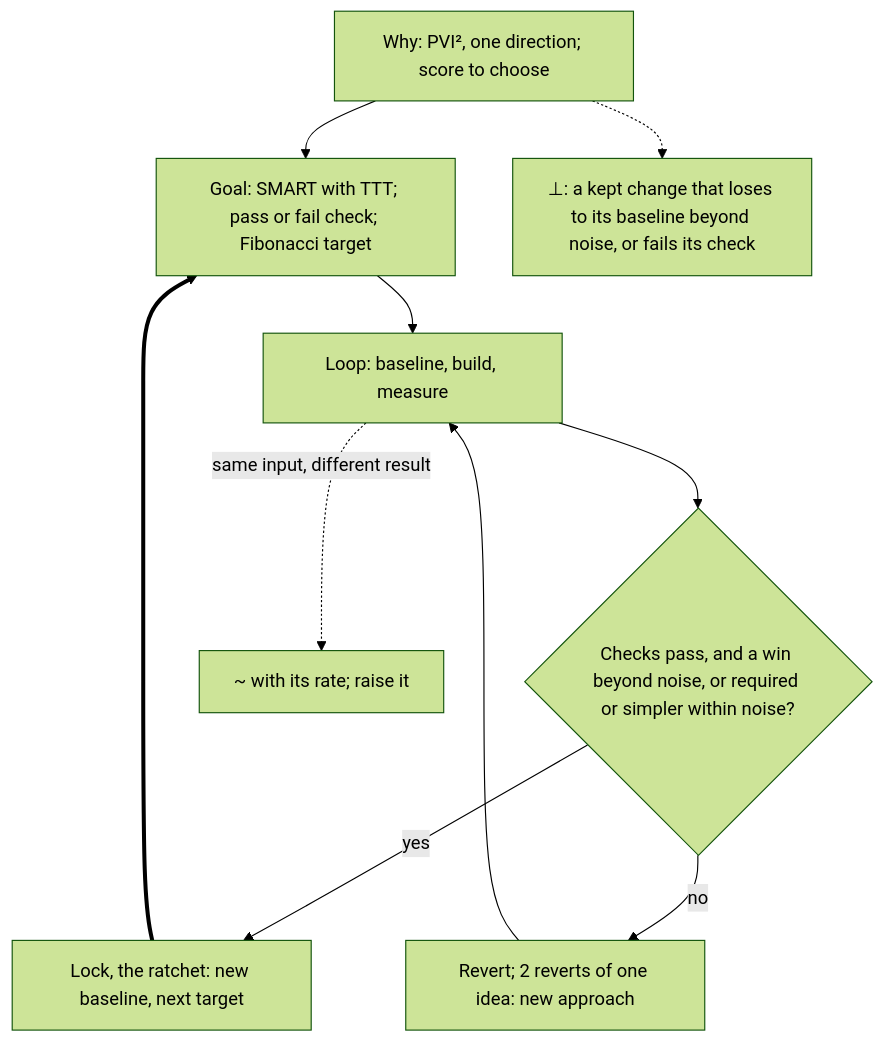
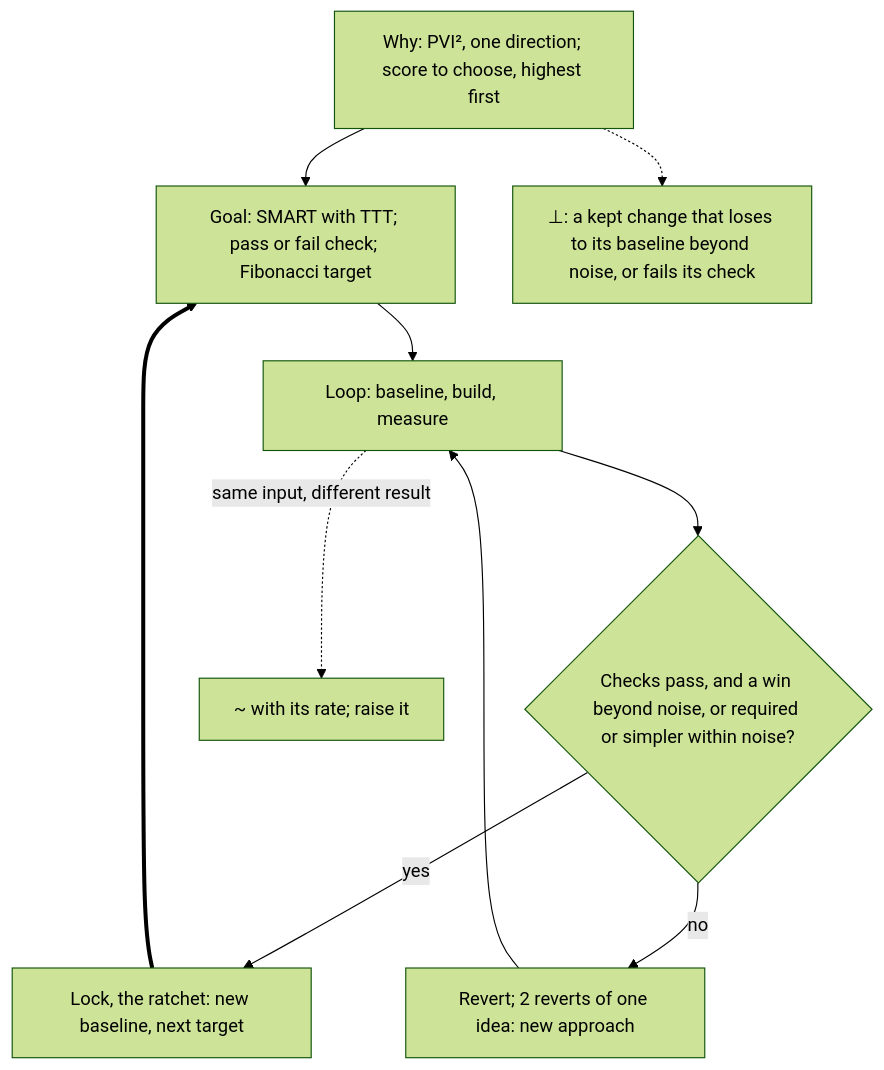
The seventh of 14 diagrams in AGENTS.md (SolenixAI/arbiter), drawn with Mermaid (forest theme) before and after one commit. The commit also changed other lines of this file and 1 other file, not shown here.

First line of the commit message:
fix(agents): restore every rule the token pass dropped; one form never drifts

````diff
--- a/AGENTS.md
+++ b/AGENTS.md
@@ -262,11 +263,11 @@
 ```mermaid
 flowchart TD
-  W["Why: PVI², one direction; score to choose"] --> G["Goal: SMART with TTT; pass or fail check; Fibonacci target"]
+  W["Why: PVI², one direction; score to choose, highest first"] --> G["Goal: SMART with TTT; pass or fail check; Fibonacci target"]
   G --> B["Loop: baseline, build, measure"]
   B --> K{"Checks pass, and a win beyond noise, or required or simpler within noise?"}
   K -->|yes| L["Lock, the ratchet: new baseline, next target"]
   L ==> G
   K -->|no| R["Revert; 2 reverts of one idea: new approach"] --> B
   B -.->|same input, different result| Z["~ with its rate; raise it"]
   W -.-> BOT["⊥: a kept change that loses to its baseline beyond noise, or fails its check"]
 ```
````
